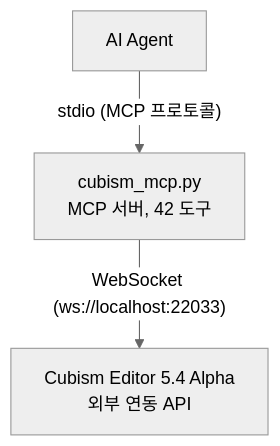
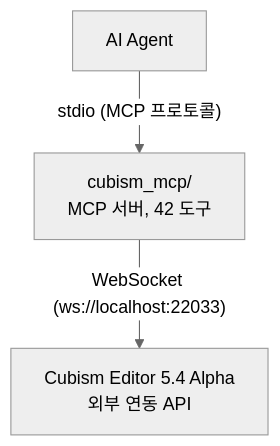
The diagram in i18n/README_KO.md (nana7chi/CubismExternalEditMCP), drawn with Mermaid (neutral theme) before and after one commit. The commit also changed other lines of this file and 19 other files, not shown here.

First line of the commit message:
refactor: split cubism_mcp.py into modular package

````diff
--- a/i18n/README_KO.md
+++ b/i18n/README_KO.md
@@ -20,9 +20,9 @@
 ```mermaid
 graph TD
     AI["AI Agent"]
-    MCP["cubism_mcp.py<br/>MCP 서버, 42 도구"]
+    MCP["cubism_mcp/<br/>MCP 서버, 42 도구"]
     Editor["Cubism Editor 5.4 Alpha<br/>외부 연동 API"]
 
     AI -->|"stdio (MCP 프로토콜)"| MCP
     MCP -->|"WebSocket (ws://localhost:22033)"| Editor
 ```
````
